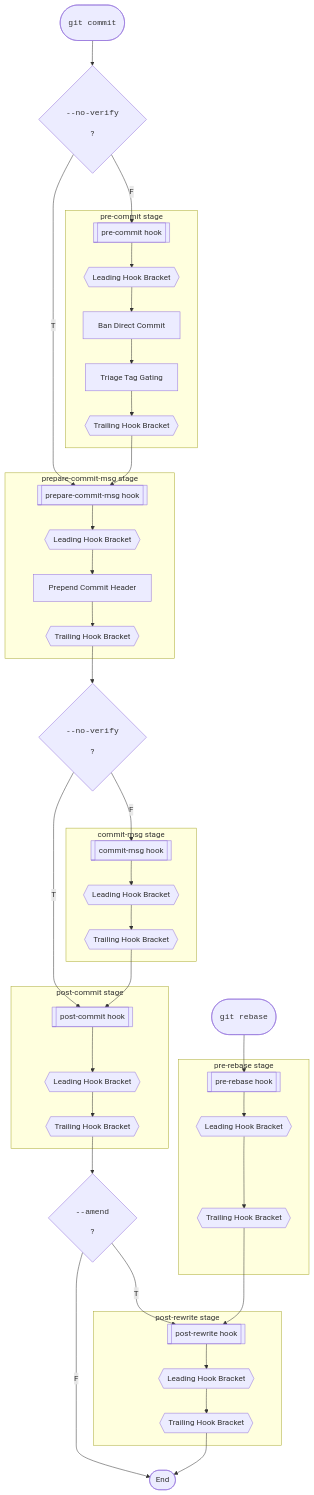
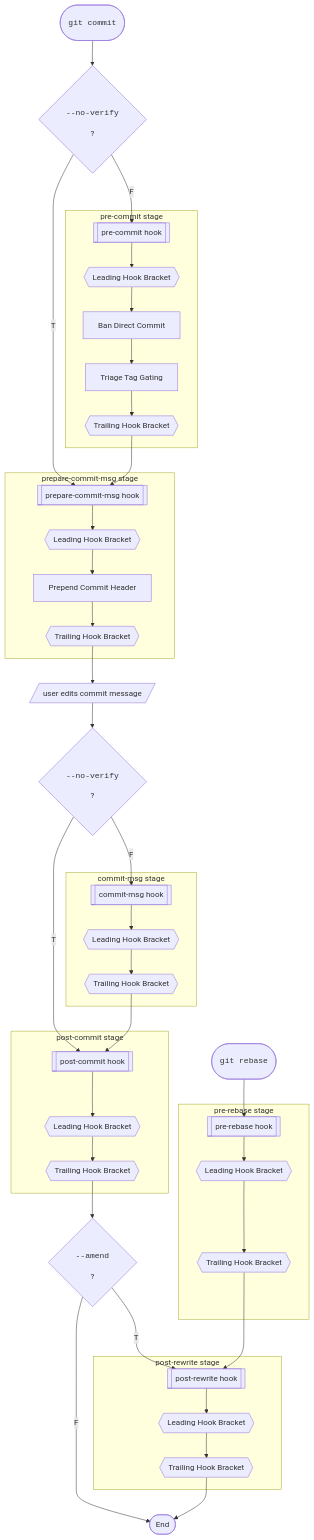
The first of 3 diagrams in docs/chain_doc.md (kami-lel/hupy), drawn with Mermaid before and after one commit. The commit also changed other lines of this file, not shown here.

First line of the commit message:
chain_doc: add EditStep link, simplify premerge flowchart

````diff
--- a/docs/chain_doc.md
+++ b/docs/chain_doc.md
@@ -74,56 +74,57 @@
 ```mermaid
 flowchart TD
     A([<pre><code>git commit</code></pre>])
     R([<pre><code>git rebase</code></pre>])
 
     A --> B{<pre><code>--no-verify</code></pre>?}
 
     subgraph precommit [pre-commit stage]
         C[[pre-commit hook]] --> C1{{Leading Hook Bracket}}
         C1 --> E1[Ban Direct Commit]
         E1 --> E2[Triage Tag Gating]
         E2 --> C2{{Trailing Hook Bracket}}
     end
     B -->|F| C
 
     subgraph preparemsg [prepare-commit-msg stage]
         F[[prepare-commit-msg hook]] --> F1{{Leading Hook Bracket}}
         F1 --> G[Prepend Commit Header]
         G --> F2{{Trailing Hook Bracket}}
     end
     B -->|T| F
     C2 --> F
 
-    F2 --> H{<pre><code>--no-verify</code></pre>?}
+    F2 --> EditStep[/user edits commit message/]
+    EditStep --> H{<pre><code>--no-verify</code></pre>?}
 
     subgraph commitmsg [commit-msg stage]
         I[[commit-msg hook]] --> I1{{Leading Hook Bracket}}
         I1 --> I2{{Trailing Hook Bracket}}
     end
     H -->|F| I
 
     subgraph postcommit [post-commit stage]
         L[[post-commit hook]] --> L1{{Leading Hook Bracket}}
         L1 --> L2{{Trailing Hook Bracket}}
     end
     H -->|T| L
     I2 --> L
 
     L2 --> N{<pre><code>--amend</code></pre>?}
 
     subgraph prerebase [pre-rebase stage]
         prb[[pre-rebase hook]] --> lead0{{Leading Hook Bracket}}
         lead0 --> trail0{{Trailing Hook Bracket}}
     end
     R --> prb
 
     subgraph postrewrite [post-rewrite stage]
         O[[post-rewrite hook]] --> O1{{Leading Hook Bracket}}
         O1 --> O2{{Trailing Hook Bracket}}
     end
     N -->|T| O
     trail0 --> O
 
     N -->|F| P([End])
     O2 --> P
 ```
````
